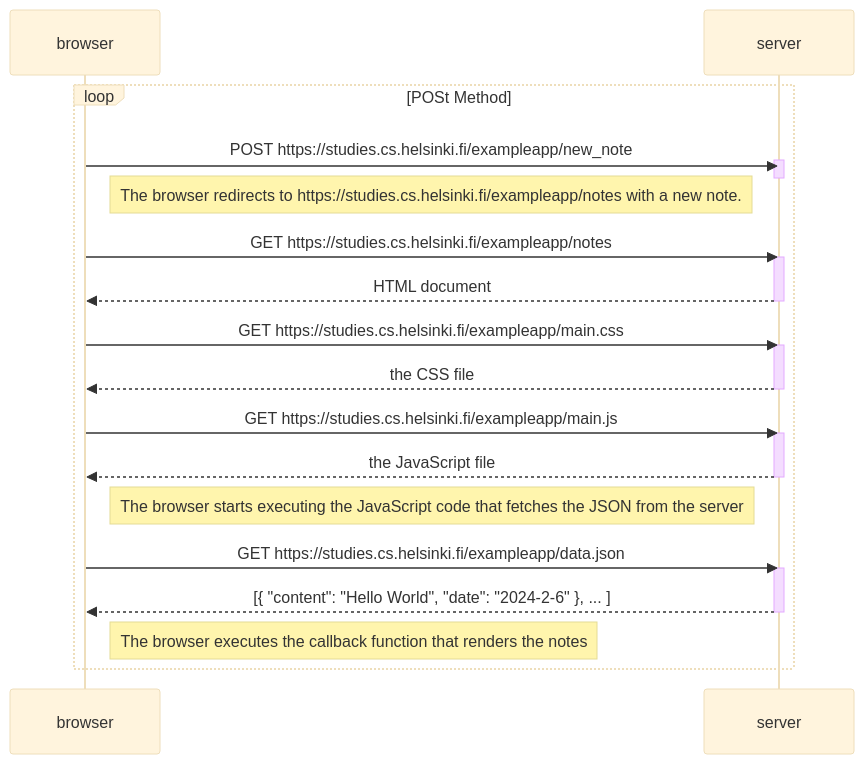
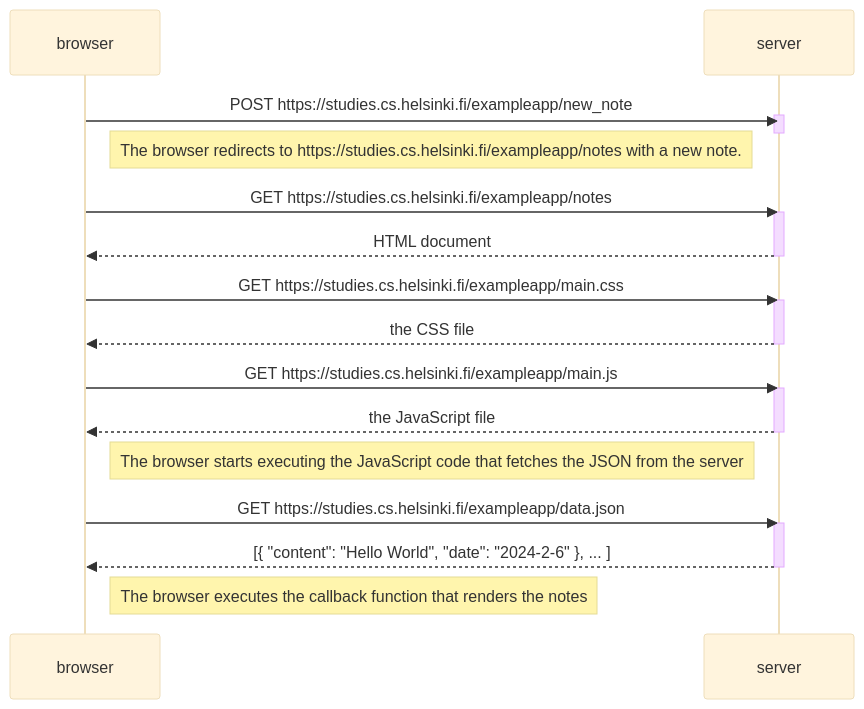
The diagram in part0/0.4.md (achmad-syidiq/fullstackopen2024), drawn with Mermaid (base theme) before and after one commit.

Commit message:
revisi 0.4.md ke-3

````diff
--- a/part0/0.4.md
+++ b/part0/0.4.md
@@ -3,38 +3,37 @@
 ```mermaid
     sequenceDiagram
-        loop POSt Method
+       
             participant browser
             participant server
 
             browser->>server : POST https://studies.cs.helsinki.fi/exampleapp/new_note
             activate server
             deactivate server
 
             Note right of browser: The browser redirects to https://studies.cs.helsinki.fi/exampleapp/notes with a new note.
 
             
             browser->>server: GET https://studies.cs.helsinki.fi/exampleapp/notes
             activate server
             server-->>browser: HTML document
             deactivate server
 
             browser->>server: GET https://studies.cs.helsinki.fi/exampleapp/main.css
             activate server
             server-->>browser: the CSS file
             deactivate server
 
             browser->>server: GET https://studies.cs.helsinki.fi/exampleapp/main.js
             activate server
             server-->>browser: the JavaScript file
             deactivate server
 
             Note right of browser: The browser starts executing the JavaScript code that fetches the JSON from the server
 
             browser->>server: GET https://studies.cs.helsinki.fi/exampleapp/data.json
             activate server
             server-->>browser: [{ "content": "Hello World", "date": "2024-2-6" }, ... ]
             deactivate server
 
             Note right of browser: The browser executes the callback function that renders the notes
-    end
 ```
````
